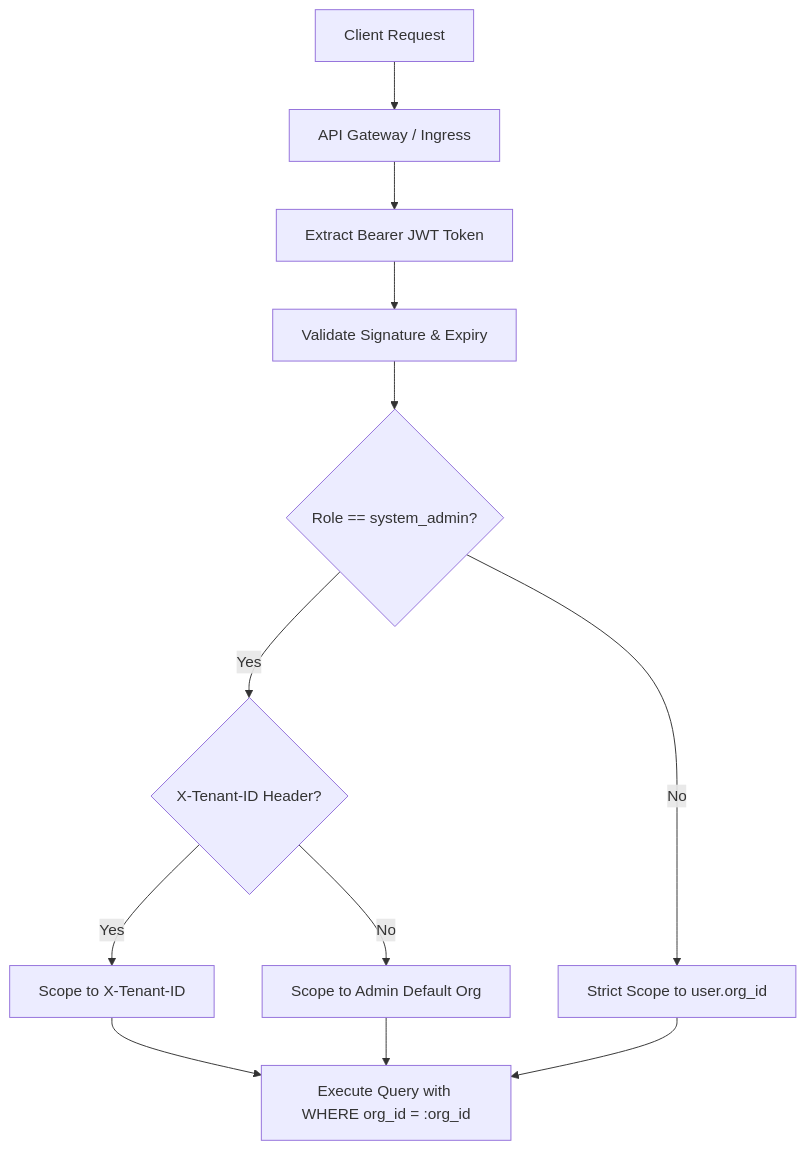
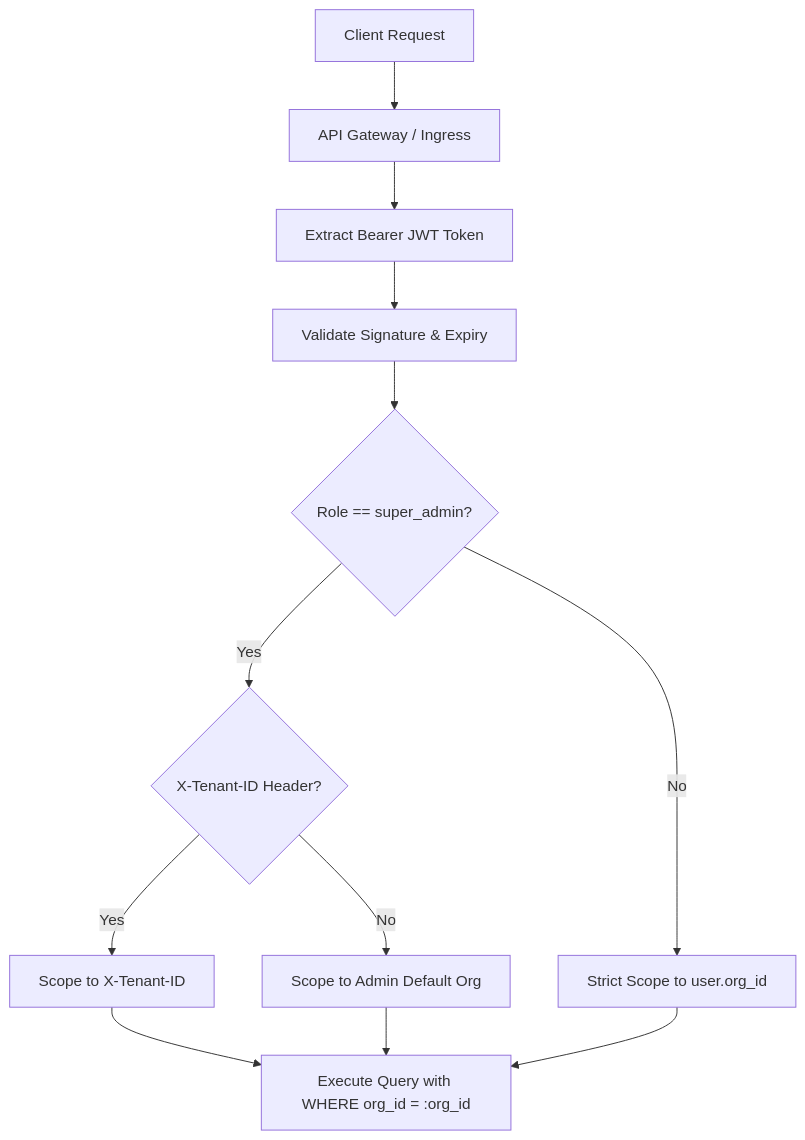
One commit to Omp01/ALP-with-Deep_Reporting_AI changed the diagram in docs/MULTI_TENANCY.md. Above: the diagram before and after it, drawn with Mermaid. The commit also changed other lines of this file and 106 other files, not shown here.

First line of the commit message:
Foundation (Phase 1 backend): roles and RBAC, skill graph, content model, tenant-isolation harness

````diff
--- a/docs/MULTI_TENANCY.md
+++ b/docs/MULTI_TENANCY.md
@@ -12,14 +12,14 @@
 ```mermaid
 graph TD
     Client[Client Request] --> Gateway[API Gateway / Ingress]
     Gateway --> AuthToken[Extract Bearer JWT Token]
     AuthToken --> Verify[Validate Signature & Expiry]
-    Verify --> RoleCheck{Role == system_admin?}
+    Verify --> RoleCheck{Role == super_admin?}
     RoleCheck -- Yes --> HeaderCheck{X-Tenant-ID Header?}
     HeaderCheck -- Yes --> Impersonate[Scope to X-Tenant-ID]
     HeaderCheck -- No --> DefaultTenant[Scope to Admin Default Org]
     RoleCheck -- No --> UserOrg[Strict Scope to user.org_id]
     Impersonate --> Query[Execute Query with WHERE org_id = :org_id]
     DefaultTenant --> Query
     UserOrg --> Query
 ```
````
